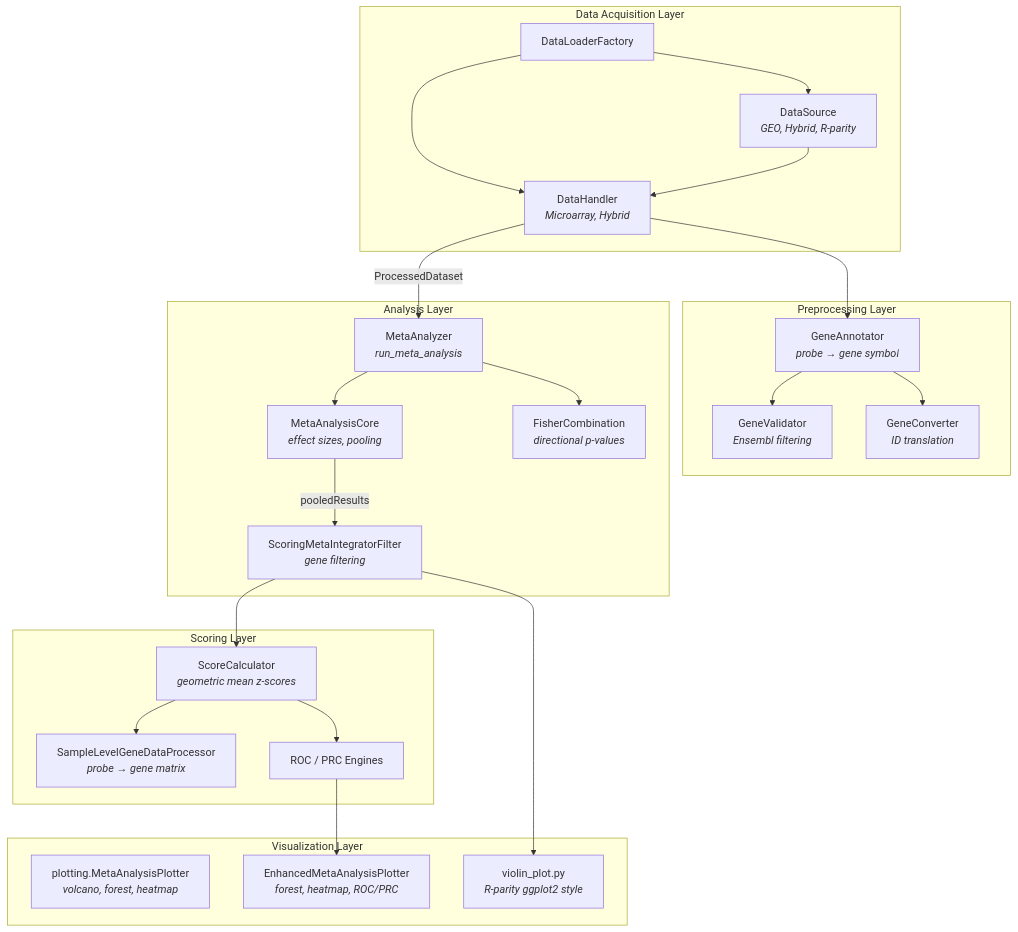
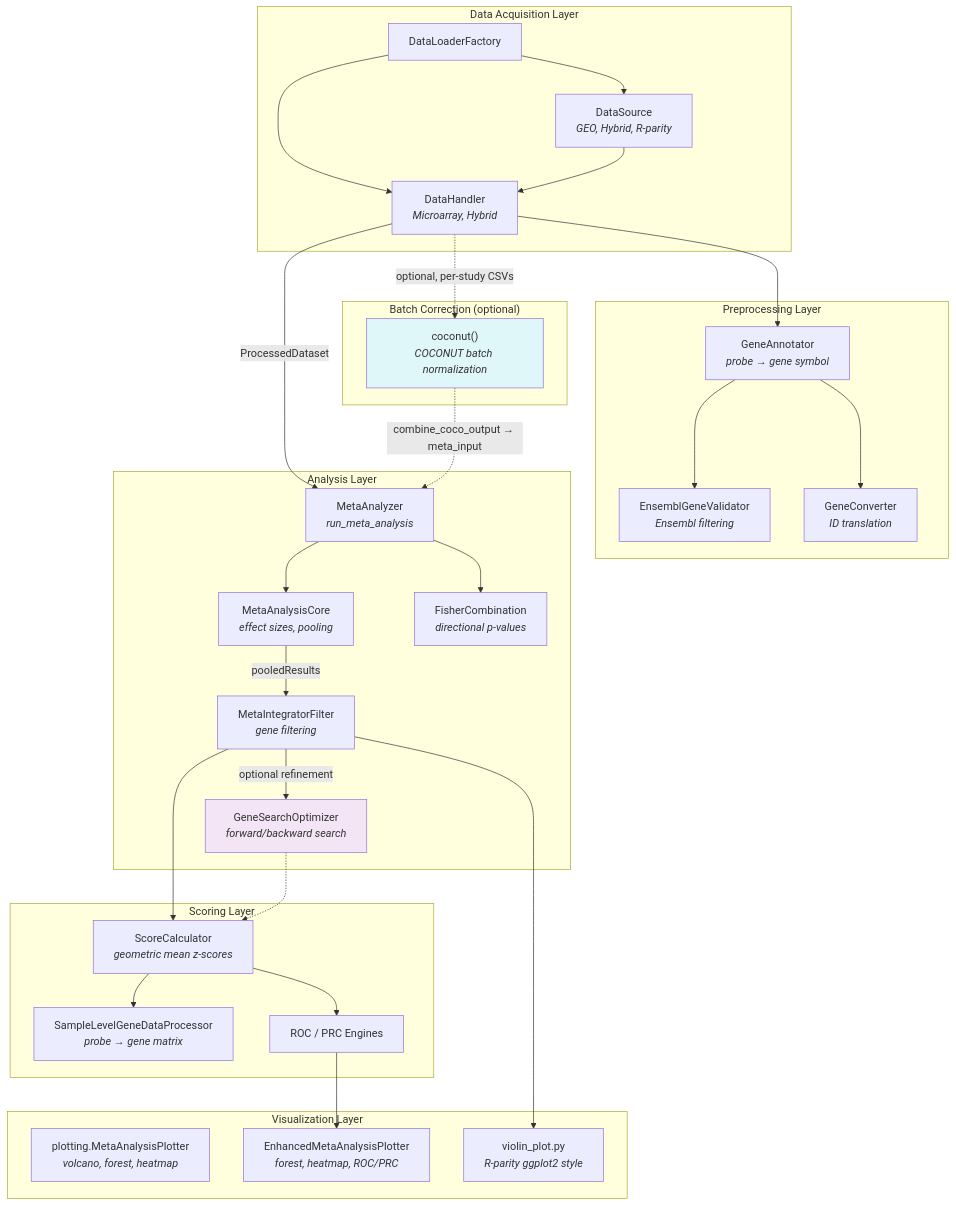
One commit to Khatri-Lab/metaintegrator_py changed the first of 4 diagrams in docs/architecture.md. Above: the diagram before and after it, drawn with Mermaid. The commit also changed other lines of this file and 34 other files, not shown here.

````diff
--- a/docs/architecture.md
+++ b/docs/architecture.md
@@ -9,49 +9,61 @@
 ```mermaid
 graph TB
     subgraph "Data Acquisition Layer"
         Factory["DataLoaderFactory"]
         Sources["DataSource<br/><i>GEO, Hybrid, R-parity</i>"]
         Handlers["DataHandler<br/><i>Microarray, Hybrid</i>"]
     end
 
     subgraph "Preprocessing Layer"
         Annotator["GeneAnnotator<br/><i>probe → gene symbol</i>"]
-        Validator["GeneValidator<br/><i>Ensembl filtering</i>"]
+        Validator["EnsemblGeneValidator<br/><i>Ensembl filtering</i>"]
         Converter["GeneConverter<br/><i>ID translation</i>"]
+    end
+
+    subgraph "Batch Correction (optional)"
+        Coconut["coconut()<br/><i>COCONUT batch normalization</i>"]
     end
 
     subgraph "Analysis Layer"
         Meta["MetaAnalyzer<br/><i>run_meta_analysis</i>"]
         Core["MetaAnalysisCore<br/><i>effect sizes, pooling</i>"]
         Fisher["FisherCombination<br/><i>directional p-values</i>"]
-        Filter["ScoringMetaIntegratorFilter<br/><i>gene filtering</i>"]
+        Filter["MetaIntegratorFilter<br/><i>gene filtering</i>"]
+        GeneSearch["GeneSearchOptimizer<br/><i>forward/backward search</i>"]
     end
 
     subgraph "Scoring Layer"
         Score["ScoreCalculator<br/><i>geometric mean z-scores</i>"]
         SampleGene["SampleLevelGeneDataProcessor<br/><i>probe → gene matrix</i>"]
         ROC["ROC / PRC Engines"]
     end
 
     subgraph "Visualization Layer"
         Plotting["plotting.MetaAnalysisPlotter<br/><i>volcano, forest, heatmap</i>"]
         Enhanced["EnhancedMetaAnalysisPlotter<br/><i>forest, heatmap, ROC/PRC</i>"]
         Violin["violin_plot.py<br/><i>R-parity ggplot2 style</i>"]
     end
 
     Factory --> Sources
     Factory --> Handlers
     Sources --> Handlers
     Handlers --> Annotator
     Annotator --> Validator
     Annotator --> Converter
     Handlers -->|ProcessedDataset| Meta
+    Handlers -.->|optional, per-study CSVs| Coconut
+    Coconut -.->|combine_coco_output → meta_input| Meta
     Meta --> Core
     Meta --> Fisher
     Core -->|pooledResults| Filter
+    Filter -->|optional refinement| GeneSearch
     Filter --> Score
+    GeneSearch -.-> Score
     Score --> SampleGene
     Score --> ROC
     ROC --> Enhanced
     Filter --> Violin
+
+    style Coconut fill:#e0f7fa
+    style GeneSearch fill:#f3e5f5
 ```
````
